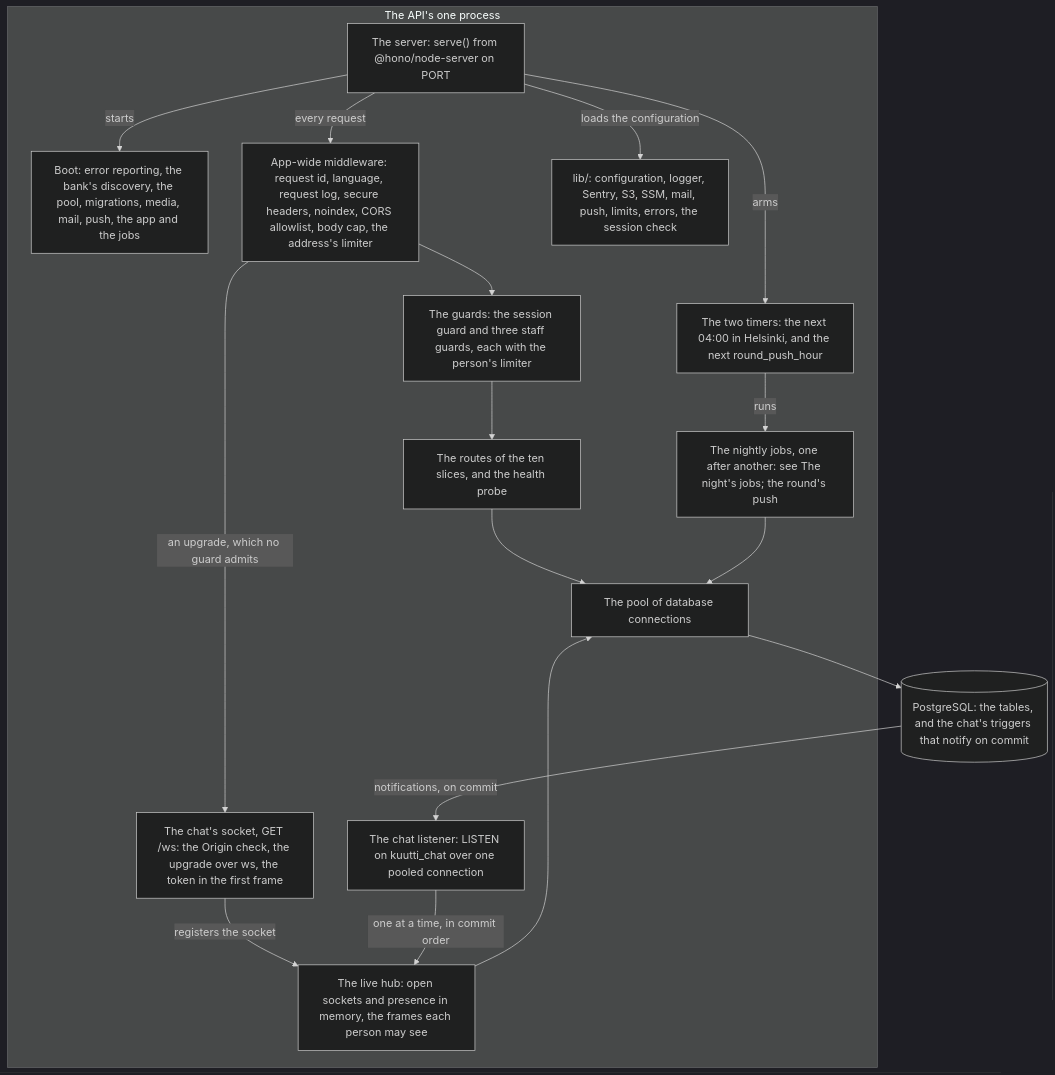
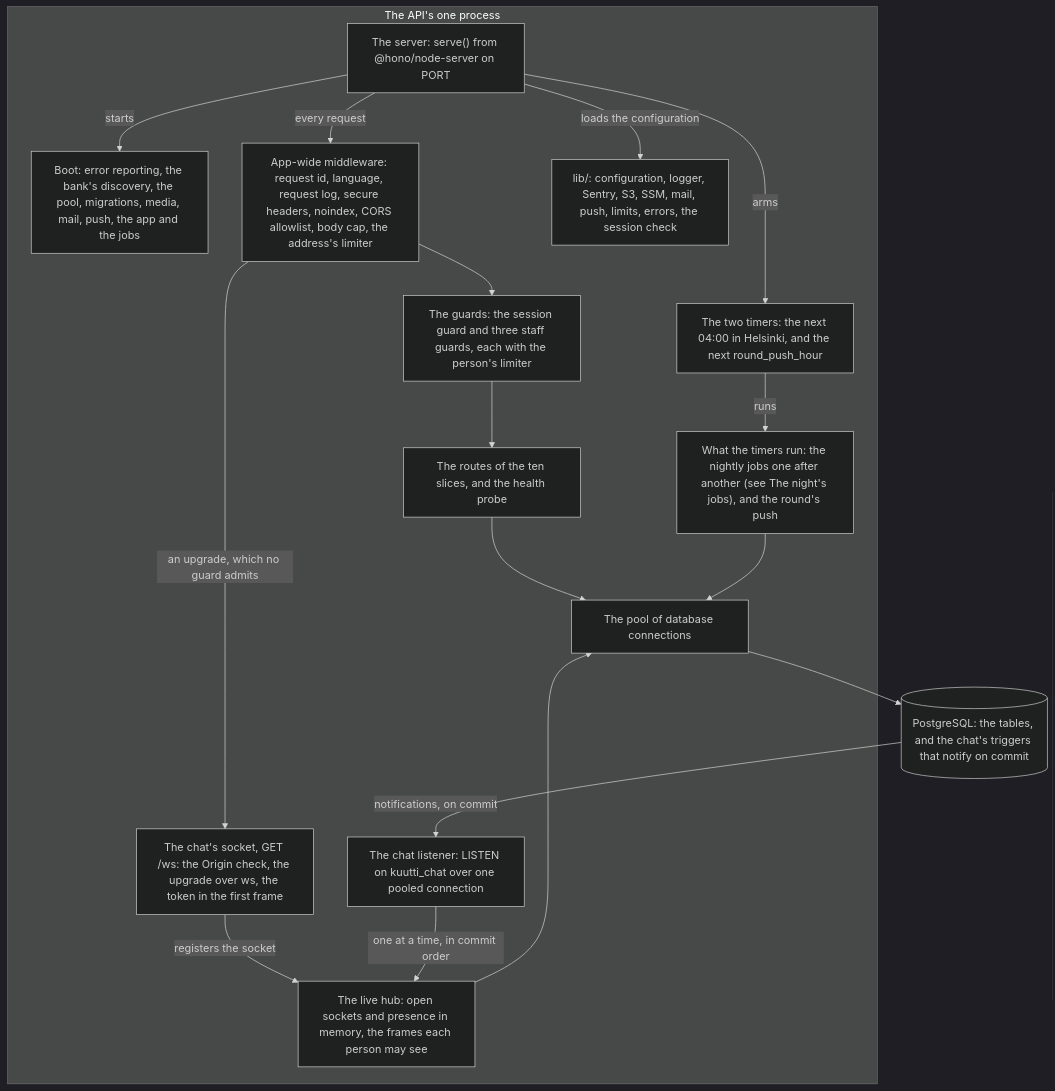
Before and after one commit to kuutti-ry/kuutti-app: the second of 3 diagrams in docs/architecture/components.md, drawn with Mermaid (dark theme). The commit also changed other lines of this file and 52 other files, not shown here.

First line of the commit message:
Answer the push's review: after the answer, until the quiet hours, idle bound (#102)

````diff
--- a/docs/architecture/components.md
+++ b/docs/architecture/components.md
@@ -78,35 +79,35 @@
 ```mermaid
 flowchart TB
   accTitle: Components, part 2: inside the API's one process
   accDescr: One Node process serves HTTP and the chat's WebSocket on the same server, runs the nightly jobs on a timer and the round's push on a second. Requests pass the app-wide middleware, then a guard, then a slice's route. The socket's upgrade passes the same middleware, then authenticates by its first frame and registers with the live hub. The slices, the hub and the jobs reach PostgreSQL through one pool. The chat's triggers notify on commit, and one pooled connection listens and hands each notification to the hub.
   subgraph process["The API's one process"]
     c13["The server: serve() from @hono/node-server on PORT"]
     c14["Boot: error reporting, the bank's discovery, the pool, migrations, media, mail, push, the app and the jobs"]
     c15["App-wide middleware: request id, language, request log, secure headers, noindex, CORS allowlist, body cap, the address's limiter"]
     c16["The guards: the session guard and three staff guards, each with the person's limiter"]
     c17["The routes of the ten slices, and the health probe"]
     c18["The chat's socket, GET /ws: the Origin check, the upgrade over ws, the token in the first frame"]
     c19["The live hub: open sockets and presence in memory, the frames each person may see"]
     c20["The chat listener: LISTEN on kuutti_chat over one pooled connection"]
     c21["The two timers: the next 04:00 in Helsinki, and the next round_push_hour"]
-    c22["The nightly jobs, one after another: see The night's jobs; the round's push"]
+    c22["What the timers run: the nightly jobs one after another (see The night's jobs), and the round's push"]
     c23["lib/: configuration, logger, Sentry, S3, SSM, mail, push, limits, errors, the session check"]
     c24["The pool of database connections"]
   end
   c25[("PostgreSQL: the tables, and the chat's triggers that notify on commit")]
   c13 -->|"loads the configuration"| c23
   c13 -->|"starts"| c14
   c13 -->|"every request"| c15
   c15 --> c16
   c16 --> c17
   c15 -->|"an upgrade, which no guard admits"| c18
   c18 -->|"registers the socket"| c19
   c17 --> c24
   c19 --> c24
   c13 -->|"arms"| c21
   c21 -->|"runs"| c22
   c22 --> c24
   c24 --> c25
   c25 -->|"notifications, on commit"| c20
   c20 -->|"one at a time, in commit order"| c19
 ```
````
